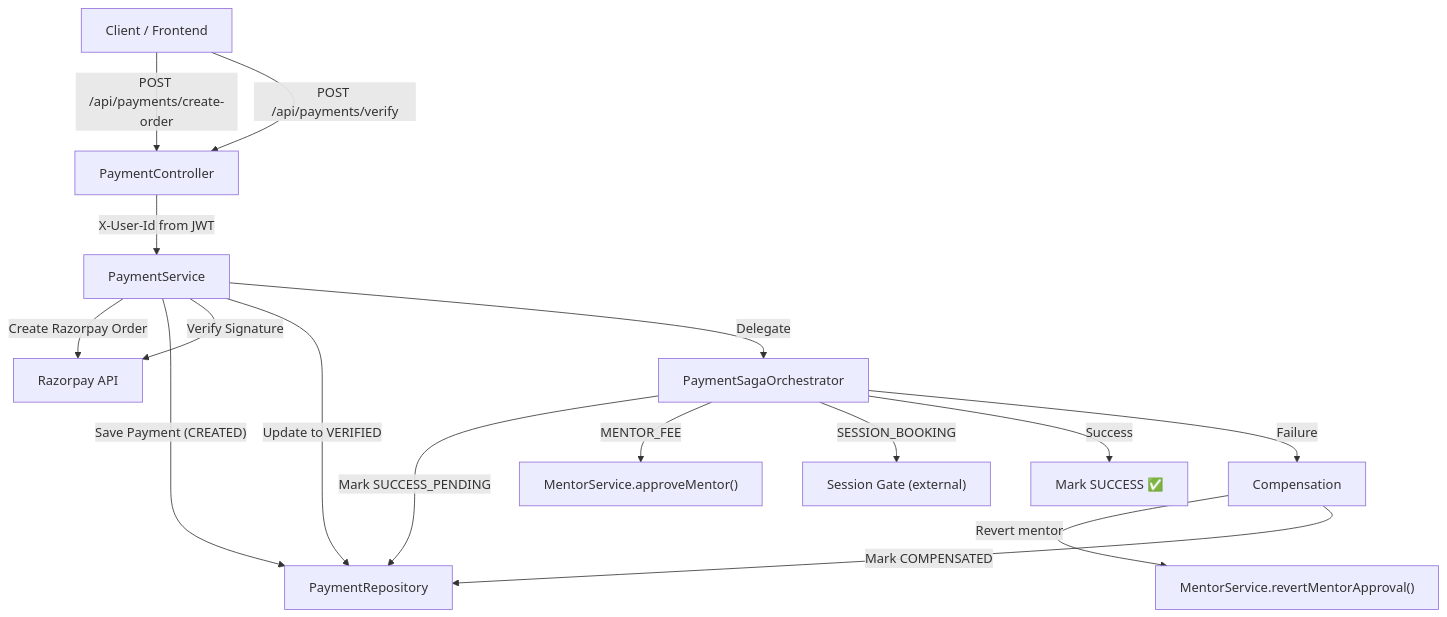
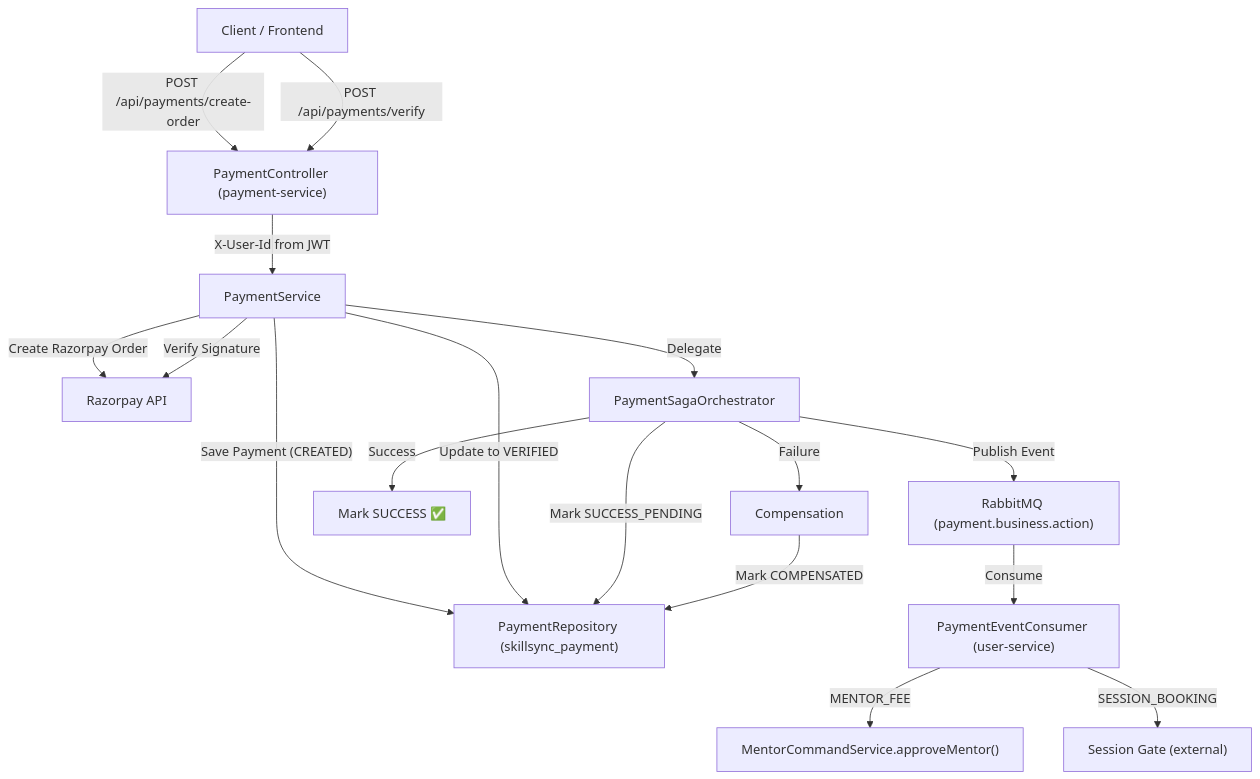
The first of 2 diagrams in docs/payment_upgrade_summary.md (Anjan-Kumar-Sahoo/SkillSync), drawn with Mermaid before and after one commit. The commit also changed other lines of this file and 430 other files, not shown here.

````diff
--- a/docs/payment_upgrade_summary.md
+++ b/docs/payment_upgrade_summary.md
@@ -10,21 +10,22 @@
 ```mermaid
 graph TD
-    A["Client / Frontend"] -->|"POST /api/payments/create-order"| B["PaymentController"]
+    A["Client / Frontend"] -->|"POST /api/payments/create-order"| B["PaymentController (payment-service)"]
     B -->|"X-User-Id from JWT"| C["PaymentService"]
     C -->|"Create Razorpay Order"| D["Razorpay API"]
-    C -->|"Save Payment (CREATED)"| E["PaymentRepository"]
+    C -->|"Save Payment (CREATED)"| E["PaymentRepository (skillsync_payment)"]
     
     A -->|"POST /api/payments/verify"| B
     C -->|"Verify Signature"| D
     C -->|"Update to VERIFIED"| E
     C -->|"Delegate"| F["PaymentSagaOrchestrator"]
     
     F -->|"Mark SUCCESS_PENDING"| E
-    F -->|"MENTOR_FEE"| G["MentorService.approveMentor()"]
-    F -->|"SESSION_BOOKING"| H["Session Gate (external)"]
+    F -->|"Publish Event"| MQ["RabbitMQ (payment.business.action)"]
+    MQ -->|"Consume"| PEC["PaymentEventConsumer (user-service)"]
+    PEC -->|"MENTOR_FEE"| G["MentorCommandService.approveMentor()"]
+    PEC -->|"SESSION_BOOKING"| H["Session Gate (external)"]
     
     F -->|"Success"| I["Mark SUCCESS ✅"]
     F -->|"Failure"| J["Compensation"]
-    J -->|"Revert mentor"| K["MentorService.revertMentorApproval()"]
     J -->|"Mark COMPENSATED"| E
 ```
````
